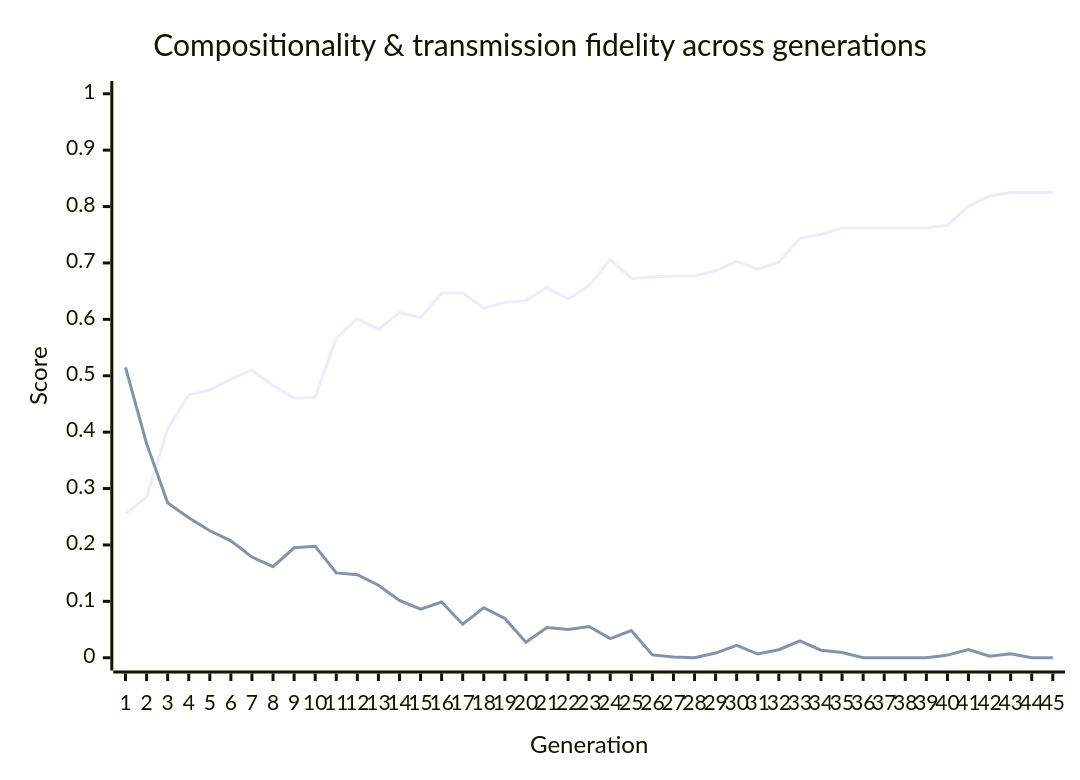
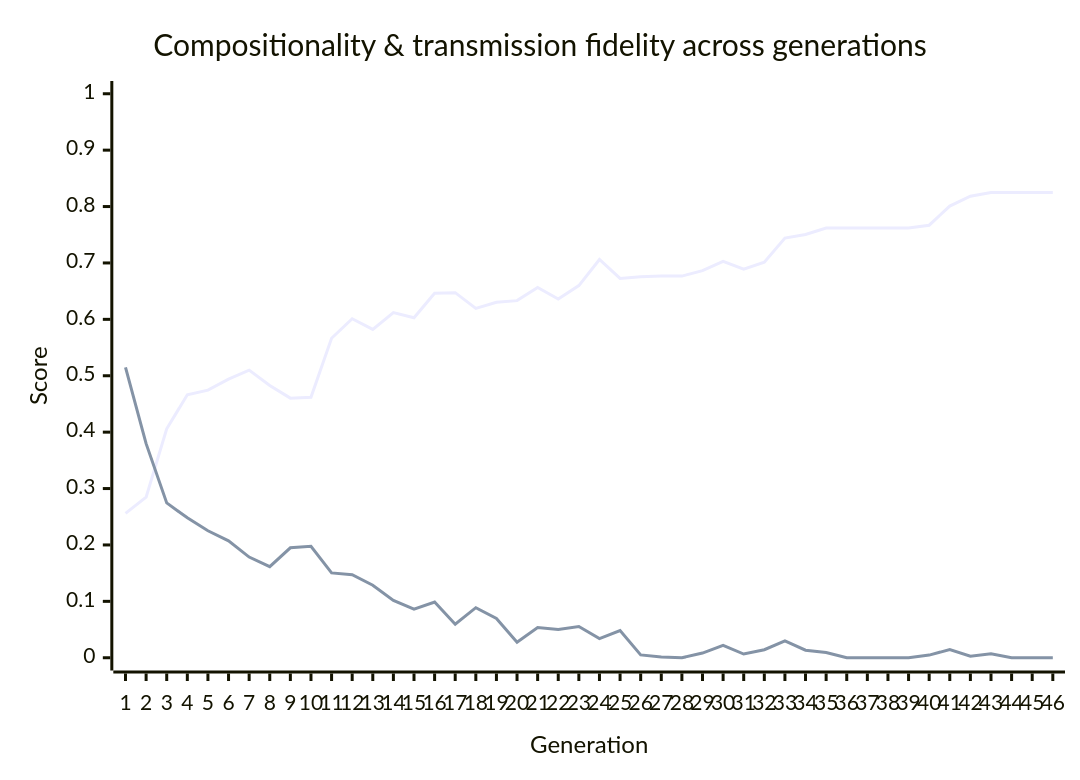
Before and after one commit to nichobbs/traditio: the diagram in metrics/latest-report.md, drawn with Mermaid. The commit also changed other lines of this file and 1 other file, not shown here.

````diff
--- a/metrics/latest-report.md
+++ b/metrics/latest-report.md
@@ -40,8 +40,8 @@
 ```mermaid
 xychart-beta
     title "Compositionality & transmission fidelity across generations"
-    x-axis "Generation" [1, 2, 3, 4, 5, 6, 7, 8, 9, 10, 11, 12, 13, 14, 15, 16, 17, 18, 19, 20, 21, 22, 23, 24, 25, 26, 27, 28, 29, 30, 31, 32, 33, 34, 35, 36, 37, 38, 39, 40, 41, 42, 43, 44, 45]
+    x-axis "Generation" [1, 2, 3, 4, 5, 6, 7, 8, 9, 10, 11, 12, 13, 14, 15, 16, 17, 18, 19, 20, 21, 22, 23, 24, 25, 26, 27, 28, 29, 30, 31, 32, 33, 34, 35, 36, 37, 38, 39, 40, 41, 42, 43, 44, 45, 46]
     y-axis "Score" 0 --> 1
-    line "Compositionality" [0.2559, 0.2849, 0.4060, 0.4663, 0.4745, 0.4941, 0.5099, 0.4826, 0.4603, 0.4619, 0.5665, 0.6011, 0.5822, 0.6121, 0.6029, 0.6464, 0.6473, 0.6195, 0.6304, 0.6332, 0.6566, 0.6361, 0.6598, 0.7061, 0.6725, 0.6757, 0.6767, 0.6767, 0.6863, 0.7028, 0.6890, 0.7012, 0.7442, 0.7505, 0.7619, 0.7619, 0.7619, 0.7619, 0.7619, 0.7669, 0.8009, 0.8183, 0.8250, 0.8250, 0.8250]
-    line "Transmission Fidelity" [0.5148, 0.3796, 0.2746, 0.2481, 0.2251, 0.2074, 0.1785, 0.1615, 0.1949, 0.1977, 0.1504, 0.1472, 0.1286, 0.1016, 0.0861, 0.0987, 0.0594, 0.0888, 0.0697, 0.0276, 0.0536, 0.0500, 0.0553, 0.0339, 0.0483, 0.0051, 0.0012, 0.0000, 0.0083, 0.0219, 0.0066, 0.0142, 0.0301, 0.0134, 0.0092, 0.0000, 0.0000, 0.0000, 0.0000, 0.0047, 0.0146, 0.0028, 0.0071, 0.0000, 0.0000]
+    line "Compositionality" [0.2559, 0.2849, 0.4060, 0.4663, 0.4745, 0.4941, 0.5099, 0.4826, 0.4603, 0.4619, 0.5665, 0.6011, 0.5822, 0.6121, 0.6029, 0.6464, 0.6473, 0.6195, 0.6304, 0.6332, 0.6566, 0.6361, 0.6598, 0.7061, 0.6725, 0.6757, 0.6767, 0.6767, 0.6863, 0.7028, 0.6890, 0.7012, 0.7442, 0.7505, 0.7619, 0.7619, 0.7619, 0.7619, 0.7619, 0.7669, 0.8009, 0.8183, 0.8250, 0.8250, 0.8250, 0.8250]
+    line "Transmission Fidelity" [0.5148, 0.3796, 0.2746, 0.2481, 0.2251, 0.2074, 0.1785, 0.1615, 0.1949, 0.1977, 0.1504, 0.1472, 0.1286, 0.1016, 0.0861, 0.0987, 0.0594, 0.0888, 0.0697, 0.0276, 0.0536, 0.0500, 0.0553, 0.0339, 0.0483, 0.0051, 0.0012, 0.0000, 0.0083, 0.0219, 0.0066, 0.0142, 0.0301, 0.0134, 0.0092, 0.0000, 0.0000, 0.0000, 0.0000, 0.0047, 0.0146, 0.0028, 0.0071, 0.0000, 0.0000, 0.0000]
 ```
````
